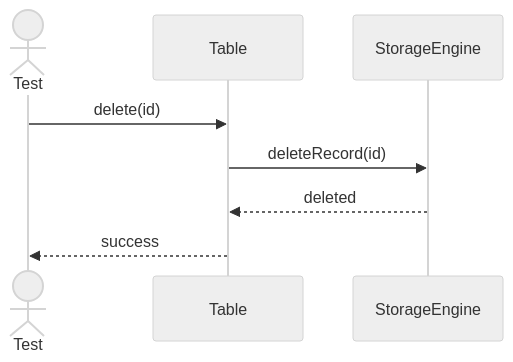
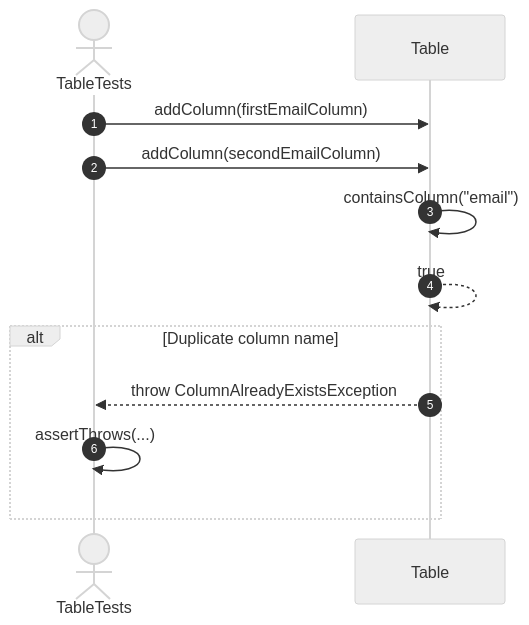
The fourth of 20 diagrams in src/tests/unit/metadata/sequences/tables-testing.se.md (FhuAnn/-bbv-AN-s-DBMS), drawn with Mermaid (neutral theme) before and after one commit. The commit also changed other lines of this file and 60 other files, not shown here.

Commit message:
refactor data table, row, column, constraint, index test file

````diff
--- a/src/tests/unit/metadata/sequences/tables-testing.se.md
+++ b/src/tests/unit/metadata/sequences/tables-testing.se.md
@@ -73,14 +69,16 @@
 ```mermaid
 sequenceDiagram
-actor Test
-participant Table
-participant StorageEngine
+    autonumber
+    actor Test as TableTests
+    participant Table as Table
 
-Test->>Table: delete(id)
+    Test->>Table: addColumn(firstEmailColumn)
+    Test->>Table: addColumn(secondEmailColumn)
+    Table->>Table: containsColumn("email")
+    Table-->>Table: true
 
-Table->>StorageEngine: deleteRecord(id)
-
-StorageEngine-->>Table: deleted
-
-Table-->>Test: success
+    alt Duplicate column name
+        Table-->>Test: throw ColumnAlreadyExistsException
+        Test->>Test: assertThrows(...)
+    end
 ```
````
